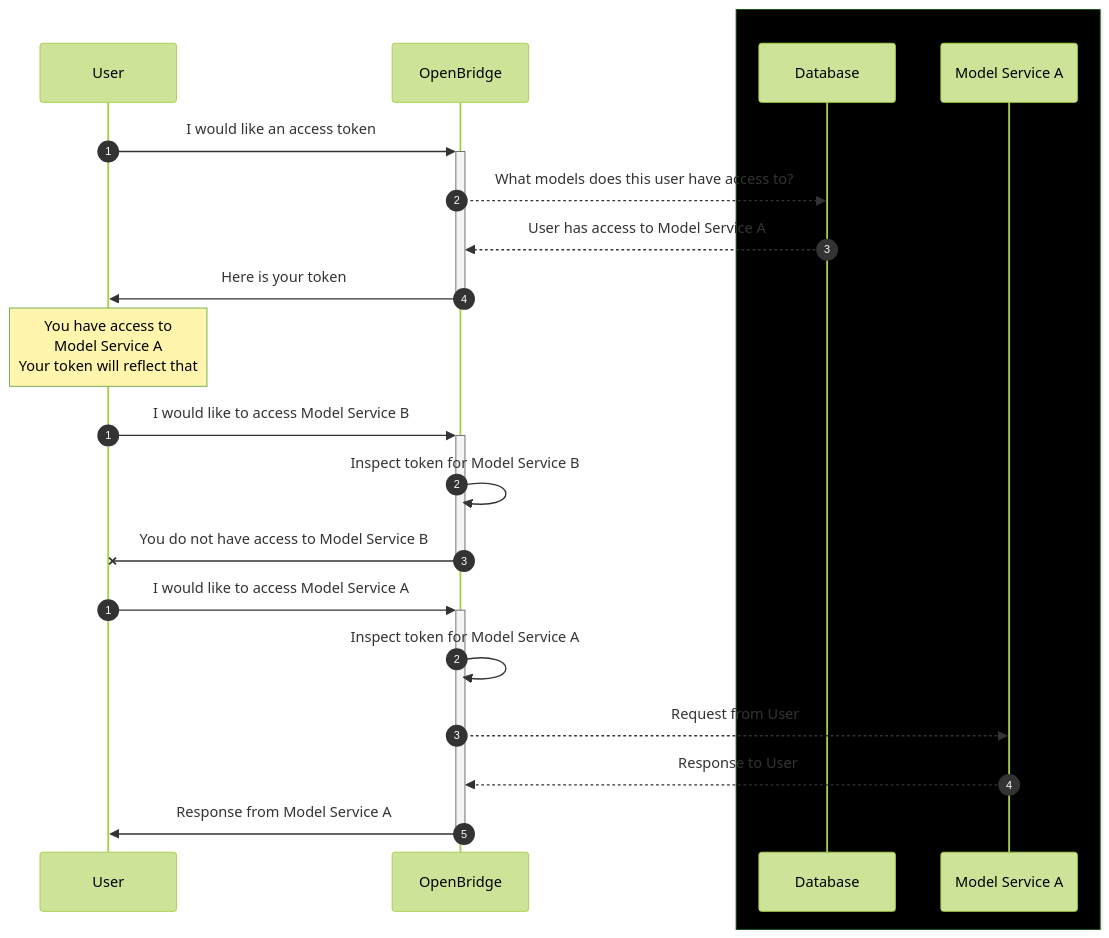
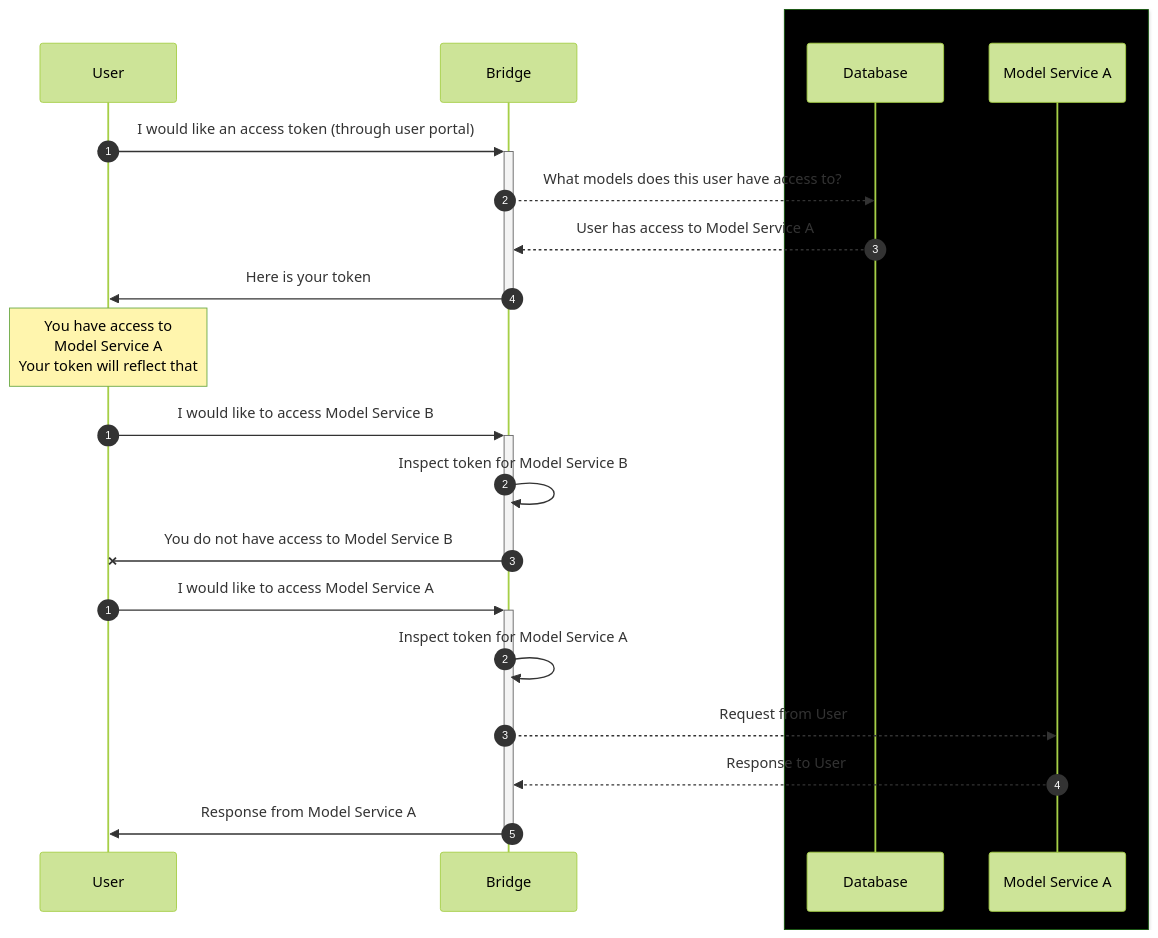
One commit to acceleratedscience/bridge changed the third of 4 diagrams in doc/runbook.md. Above: the diagram before and after it, drawn with Mermaid (forest theme). The commit also changed other lines of this file and 16 other files, not shown here.

````diff
--- a/doc/runbook.md
+++ b/doc/runbook.md
@@ -44,26 +89,26 @@
 ```mermaid
 sequenceDiagram
 	autonumber
-	User ->>+ OpenBridge: I would like an access token
-	OpenBridge -->> Database: What models does this user have access to?
-	Database -->> OpenBridge: User has access to Model Service A
-	OpenBridge ->>- User: Here is your token
+	User ->>+ Bridge: I would like an access token (through user portal)
+	Bridge -->> Database: What models does this user have access to?
+	Database -->> Bridge: User has access to Model Service A
+	Bridge ->>- User: Here is your token
 	Note over User: You have access to<br>Model Service A<br>Your token will reflect that
 
 	autonumber 1
-	User ->>+ OpenBridge: I would like to access Model Service B
-	OpenBridge ->> OpenBridge: Inspect token for Model Service B
-	OpenBridge -x- User: You do not have access to Model Service B
+	User ->>+ Bridge: I would like to access Model Service B
+	Bridge ->> Bridge: Inspect token for Model Service B
+	Bridge -x- User: You do not have access to Model Service B
 
 	box Black Not Internet Facing
 	participant Database
 	participant Model Service A
 	end
 
 	autonumber 1
-	User ->>+ OpenBridge: I would like to access Model Service A
-	OpenBridge ->> OpenBridge: Inspect token for Model Service A
-	OpenBridge -->> Model Service A: Request from User
-	Model Service A -->> OpenBridge: Response to User
-	OpenBridge ->>- User: Response from Model Service A
+	User ->>+ Bridge: I would like to access Model Service A
+	Bridge ->> Bridge: Inspect token for Model Service A
+	Bridge -->> Model Service A: Request from User
+	Model Service A -->> Bridge: Response to User
+	Bridge ->>- User: Response from Model Service A
 ```
````
